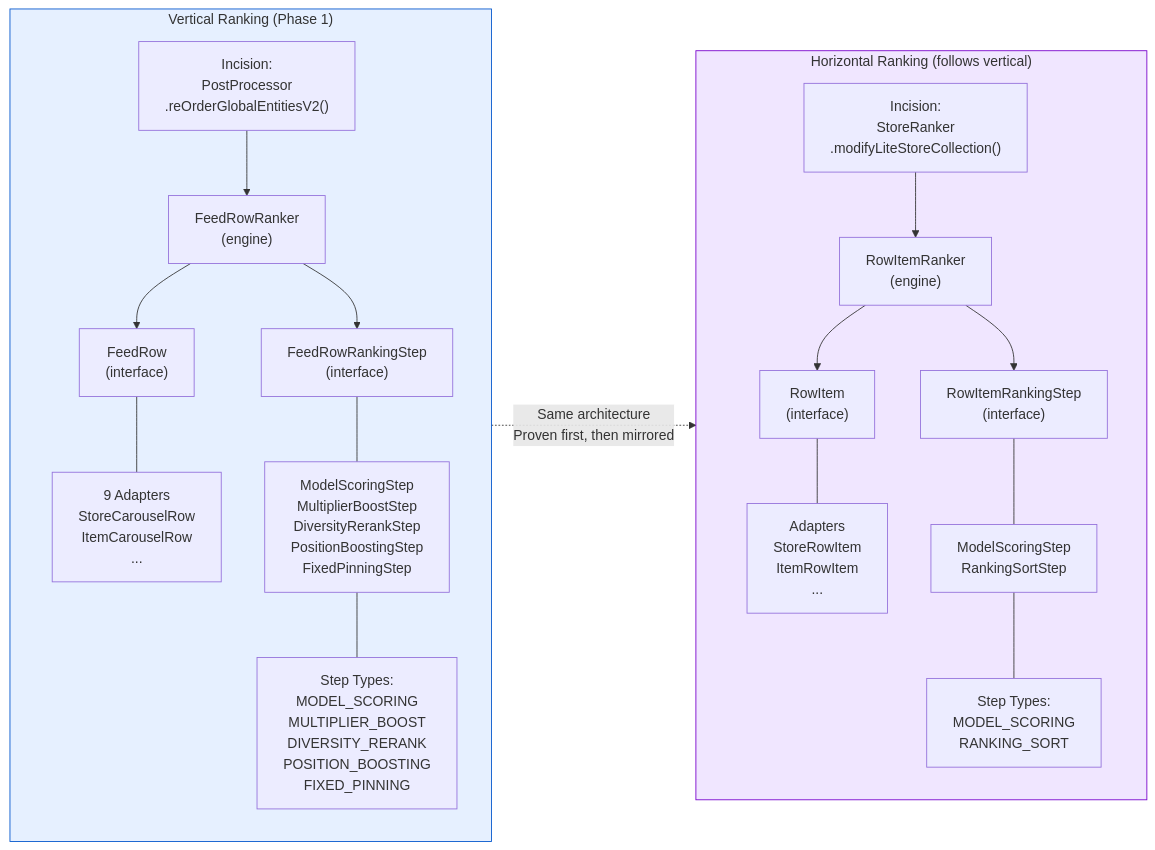
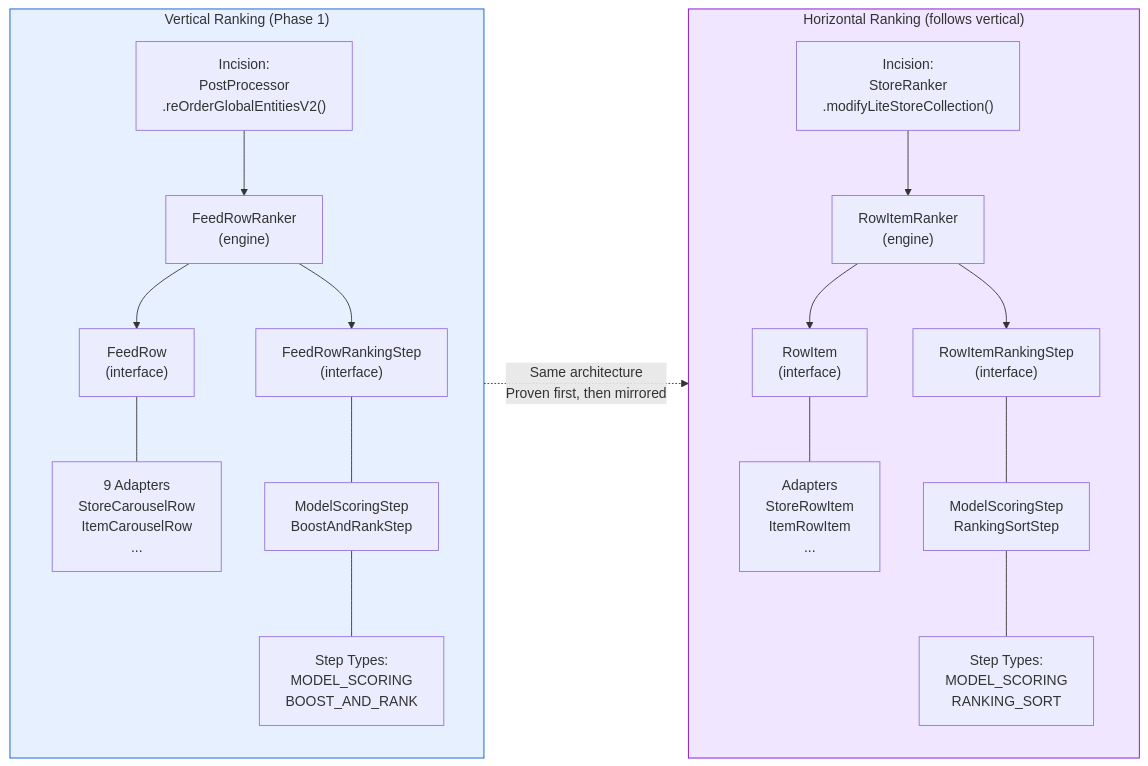
One commit to daniel-fonyo/dd-brain changed the fifth of 7 diagrams in unified-blending-platform/context/one-pager-diagrams.md. Above: the diagram before and after it, drawn with Mermaid. The commit also changed other lines of this file and 2 other files, not shown here.

First line of the commit message:
Revise to 2+2 step decomposition matching actual code structure

````diff
--- a/unified-blending-platform/context/one-pager-diagrams.md
+++ b/unified-blending-platform/context/one-pager-diagrams.md
@@ -398,72 +351,66 @@
 ```mermaid
 flowchart LR
     subgraph vertical["Vertical Ranking (Phase 1)"]
         direction TB
         V_IF["FeedRow
         (interface)"]
         V_ADAPT["9 Adapters
         StoreCarouselRow
         ItemCarouselRow
         ..."]
         V_STEP["FeedRowRankingStep
         (interface)"]
         V_IMPL["ModelScoringStep
-        MultiplierBoostStep
-        DiversityRerankStep
-        PositionBoostingStep
-        FixedPinningStep"]
+        BoostAndRankStep"]
         V_TYPES["Step Types:
         MODEL_SCORING
-        MULTIPLIER_BOOST
-        DIVERSITY_RERANK
-        POSITION_BOOSTING
-        FIXED_PINNING"]
+        BOOST_AND_RANK"]
         V_ENG["FeedRowRanker
         (engine)"]
         V_ENTRY["Incision:
         PostProcessor
         .reOrderGlobalEntitiesV2()"]
 
         V_ENTRY --> V_ENG
         V_ENG --> V_IF
         V_ENG --> V_STEP
         V_IF --- V_ADAPT
         V_STEP --- V_IMPL
         V_IMPL --- V_TYPES
     end
 
     subgraph horizontal["Horizontal Ranking (follows vertical)"]
         direction TB
         H_IF["RowItem
         (interface)"]
         H_ADAPT["Adapters
         StoreRowItem
         ItemRowItem
         ..."]
         H_STEP["RowItemRankingStep
         (interface)"]
         H_IMPL["ModelScoringStep
         RankingSortStep"]
         H_TYPES["Step Types:
         MODEL_SCORING
         RANKING_SORT"]
         H_ENG["RowItemRanker
         (engine)"]
         H_ENTRY["Incision:
         StoreRanker
         .modifyLiteStoreCollection()"]
 
         H_ENTRY --> H_ENG
         H_ENG --> H_IF
         H_ENG --> H_STEP
         H_IF --- H_ADAPT
         H_STEP --- H_IMPL
         H_IMPL --- H_TYPES
     end
 
     vertical -.->|"Same architecture
     Proven first, then mirrored"| horizontal
 
     style vertical fill:#e6f0ff,stroke:#0055cc
     style horizontal fill:#f0e6ff,stroke:#7700cc
 ```
````
